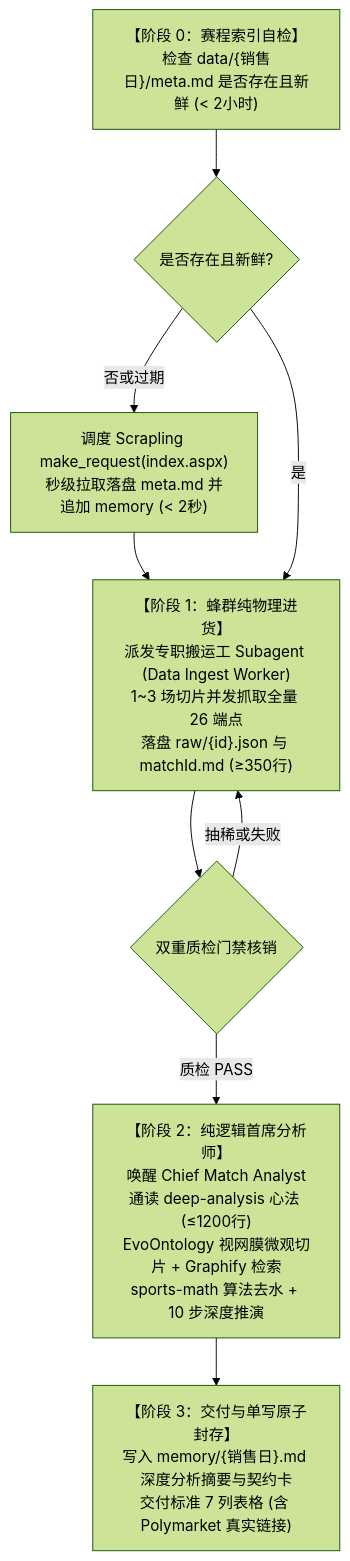
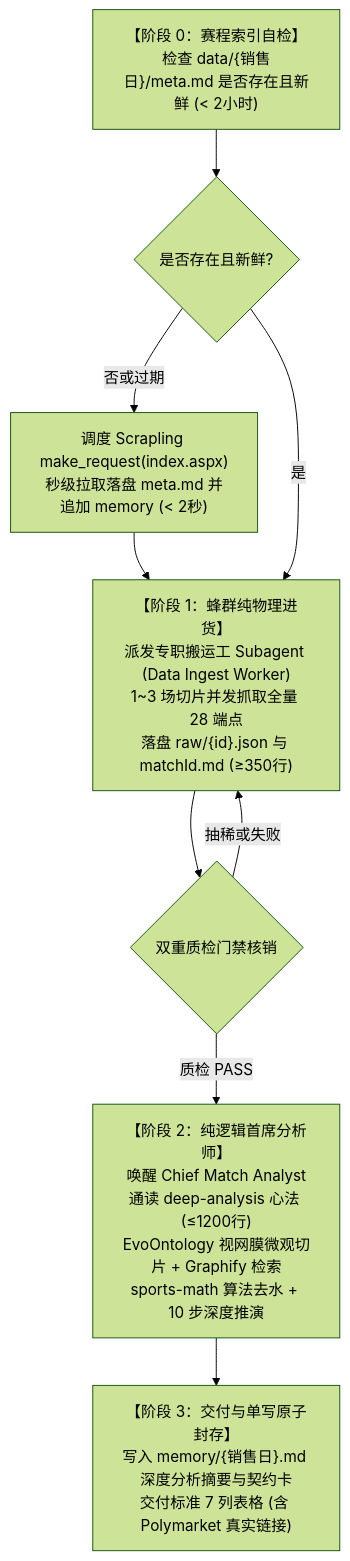
Before and after one commit to i0ivi0i/supodds: the first of 2 diagrams in AGENTS.md, drawn with Mermaid (forest theme). The commit also changed other lines of this file and 10 other files, not shown here.

````diff
--- a/AGENTS.md
+++ b/AGENTS.md
@@ -130,18 +130,18 @@
 ```mermaid
 flowchart TD
     Z["【阶段 0：赛程索引自检】<br/>检查 data/{销售日}/meta.md 是否存在且新鲜 (< 2小时)"]
     Z_NO{"是否存在且新鲜?"}
     Z_GET["调度 Scrapling make_request(index.aspx)<br/>秒级拉取落盘 meta.md 并追加 memory (< 2秒)"]
-    P1["【阶段 1：蜂群纯物理进货】<br/>派发专职搬运工 Subagent (Data Ingest Worker)<br/>1~3 场切片并发抓取全量 26 端点<br/>落盘 raw/{id}.json 与 matchId.md (≥350行)"]
+    P1["【阶段 1：蜂群纯物理进货】<br/>派发专职搬运工 Subagent (Data Ingest Worker)<br/>1~3 场切片并发抓取全量 28 端点<br/>落盘 raw/{id}.json 与 matchId.md (≥350行)"]
     P1_GATE{"双重质检门禁核销"}
     P2["【阶段 2：纯逻辑首席分析师】<br/>唤醒 Chief Match Analyst<br/>通读 deep-analysis 心法 (≤1200行)<br/>EvoOntology 视网膜微观切片 + Graphify 检索<br/>sports-math 算法去水 + 10 步深度推演"]
     OUT["【阶段 3：交付与单写原子封存】<br/>写入 memory/{销售日}.md 深度分析摘要与契约卡<br/>交付标准 7 列表格 (含 Polymarket 真实链接)"]
 
     Z --> Z_NO
     Z_NO -- 否或过期 --> Z_GET --> P1
     Z_NO -- 是 --> P1
     P1 --> P1_GATE
     P1_GATE -- 质检 PASS --> P2
     P1_GATE -- 抽稀或失败 --> P1
     P2 --> OUT
 ```
````
